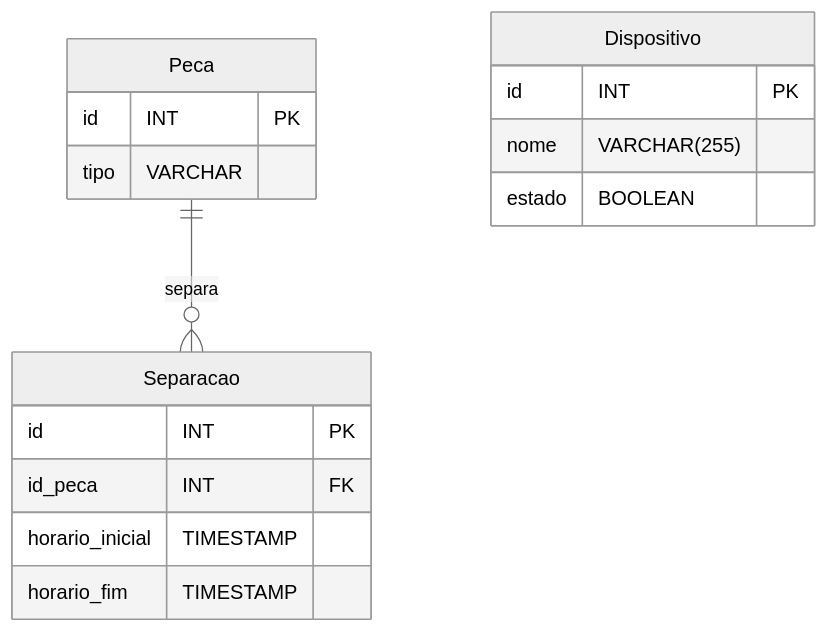
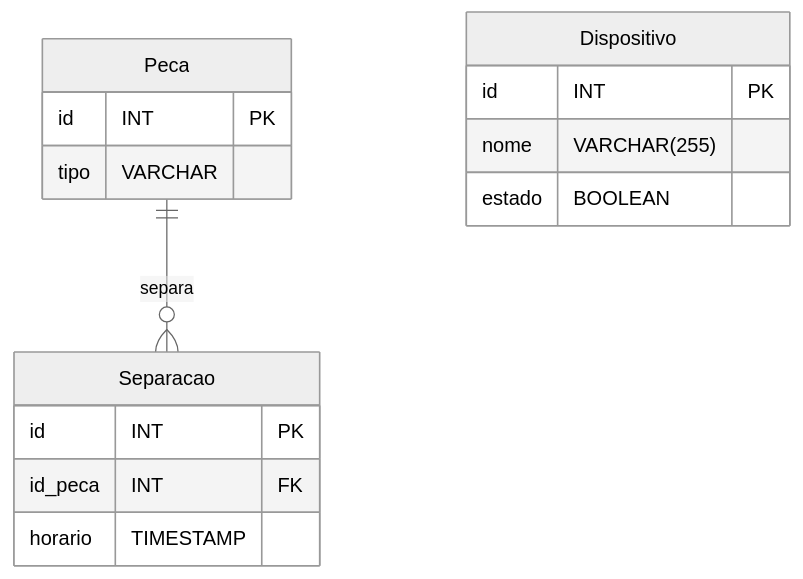
The diagram in ModelagemDER.md (ProjetoIntegradorADSSenai/banco-de-dados), drawn with Mermaid (neutral theme) before and after one commit.

````diff
--- a/ModelagemDER.md
+++ b/ModelagemDER.md
@@ -1,20 +1,19 @@
 ```mermaid
 erDiagram
     Peca ||--o{ Separacao : "separa"
     Peca {
         id INT PK
         tipo VARCHAR
     }
     Separacao {
         id INT PK
         id_peca INT FK
-        horario_inicial TIMESTAMP
-        horario_fim TIMESTAMP
+        horario TIMESTAMP
     }
 
     Dispositivo {
         id INT PK
         nome VARCHAR(255)
         estado BOOLEAN
     }
 ```
````
